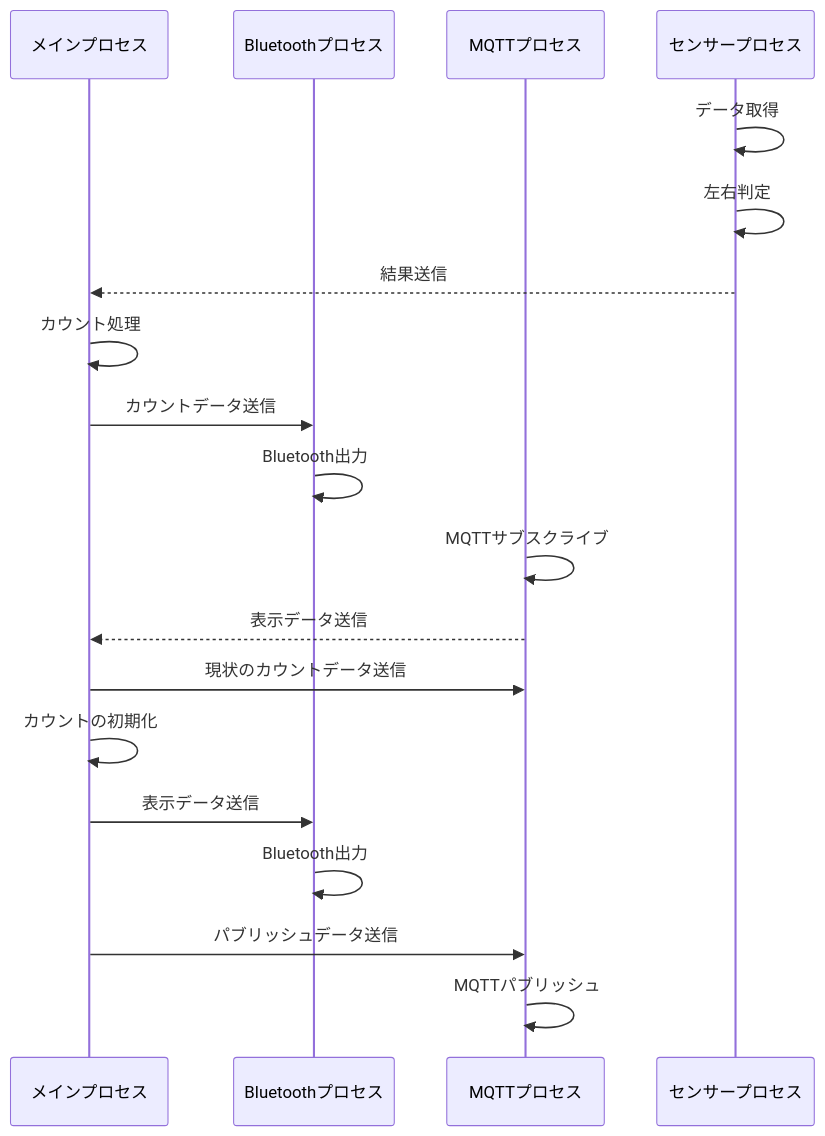
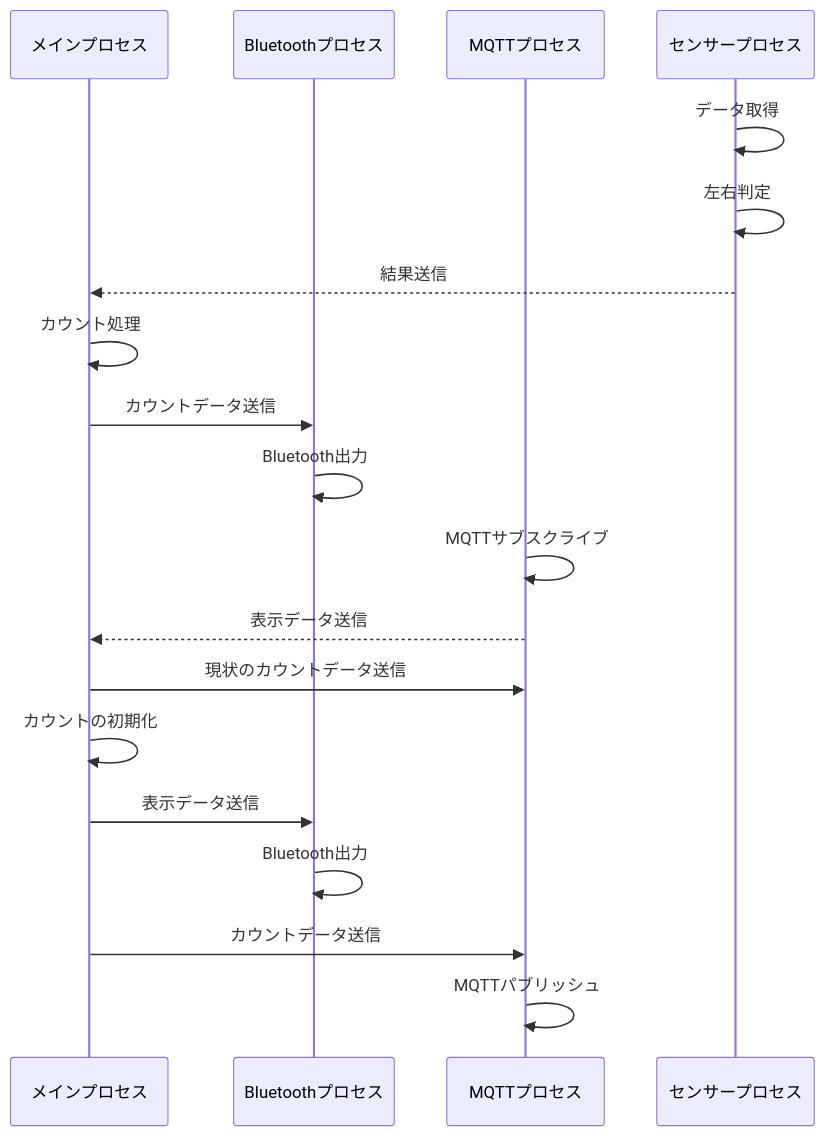
The diagram in docs/spresense.md (Hhelibebcnofne/escalator-enquete), drawn with Mermaid before and after one commit.

Commit message:
refactor: シーケンス図のパブリッシュデータ送信をカウントデータ送信に変更

````diff
--- a/docs/spresense.md
+++ b/docs/spresense.md
@@ -3,21 +3,21 @@
 ```mermaid
 sequenceDiagram
     participant Main as メインプロセス
     participant Bt as Bluetoothプロセス
     participant Mqtt as MQTTプロセス
     participant Sensor as センサープロセス
     Sensor ->> Sensor: データ取得
     Sensor ->> Sensor: 左右判定
     Sensor -->> Main: 結果送信
     Main ->> Main: カウント処理
     Main ->> Bt: カウントデータ送信
     Bt ->> Bt: Bluetooth出力
     Mqtt ->> Mqtt: MQTTサブスクライブ
     Mqtt -->> Main: 表示データ送信
     Main ->> Mqtt: 現状のカウントデータ送信
     Main ->> Main: カウントの初期化
     Main ->> Bt: 表示データ送信
     Bt ->> Bt: Bluetooth出力
-    Main ->> Mqtt: パブリッシュデータ送信
+    Main ->> Mqtt: カウントデータ送信
     Mqtt ->> Mqtt: MQTTパブリッシュ
 ```
````
